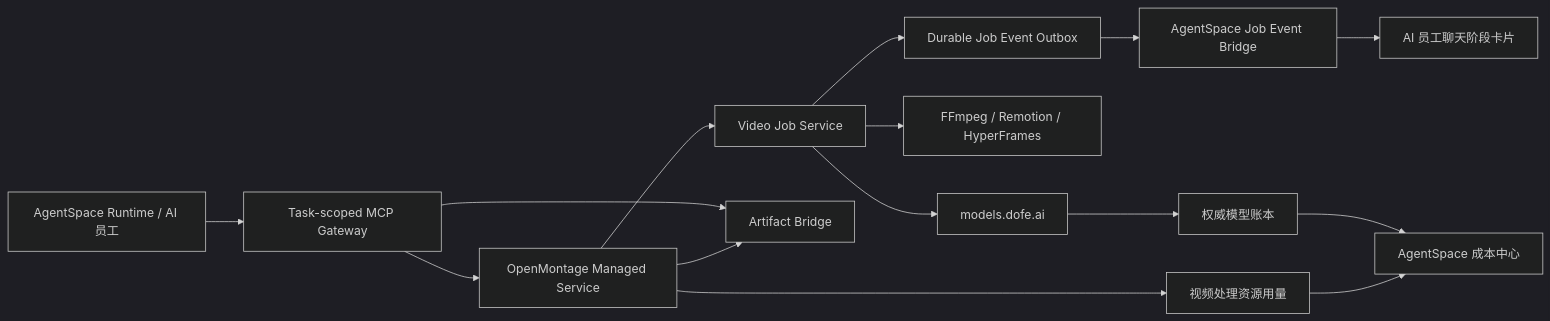
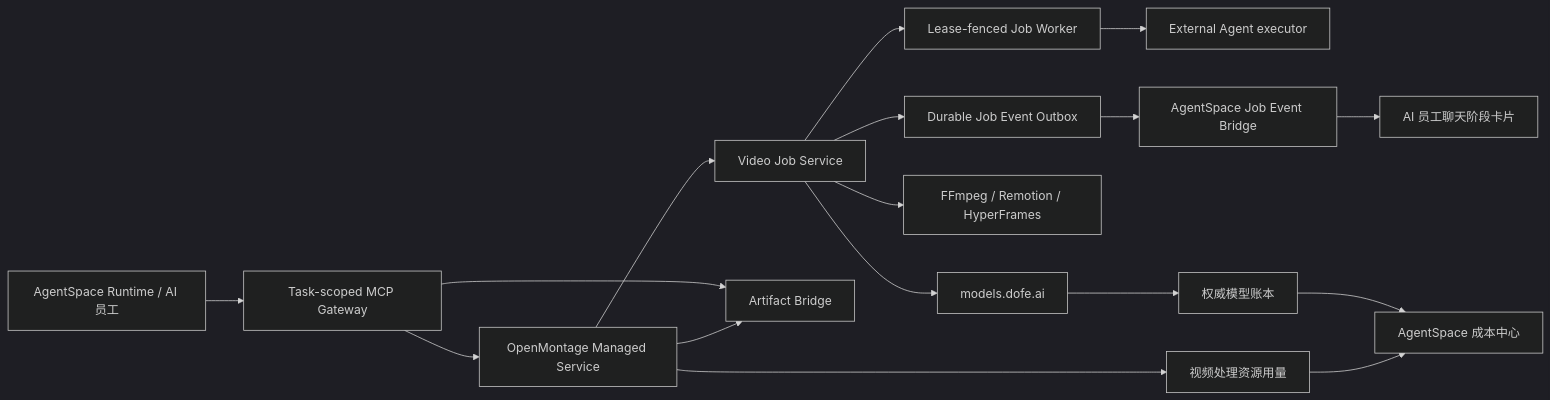
One commit to iTechwu/AgentSpace changed the diagram in docs/0805/montage/README.md. Above: the diagram before and after it, drawn with Mermaid (dark theme). The commit also changed other lines of this file and 1 other file, not shown here.

````diff
--- a/docs/0805/montage/README.md
+++ b/docs/0805/montage/README.md
@@ -26,17 +26,19 @@
 ```mermaid
 flowchart LR
     Runtime["AgentSpace Runtime / AI 员工"] --> Gateway["Task-scoped MCP Gateway"]
     Gateway --> Montage["OpenMontage Managed Service"]
     Montage --> Job["Video Job Service"]
+    Job --> Worker["Lease-fenced Job Worker"]
+    Worker --> Agent["External Agent executor"]
     Job --> Outbox["Durable Job Event Outbox"]
     Outbox --> Projector["AgentSpace Job Event Bridge"]
     Projector --> Chat["AI 员工聊天阶段卡片"]
     Job --> Engine["FFmpeg / Remotion / HyperFrames"]
     Job --> Models["models.dofe.ai"]
     Gateway --> Artifact["Artifact Bridge"]
     Montage --> Artifact
     Models --> Ledger["权威模型账本"]
     Montage --> Compute["视频处理资源用量"]
     Ledger --> Costs["AgentSpace 成本中心"]
     Compute --> Costs
 ```
````
